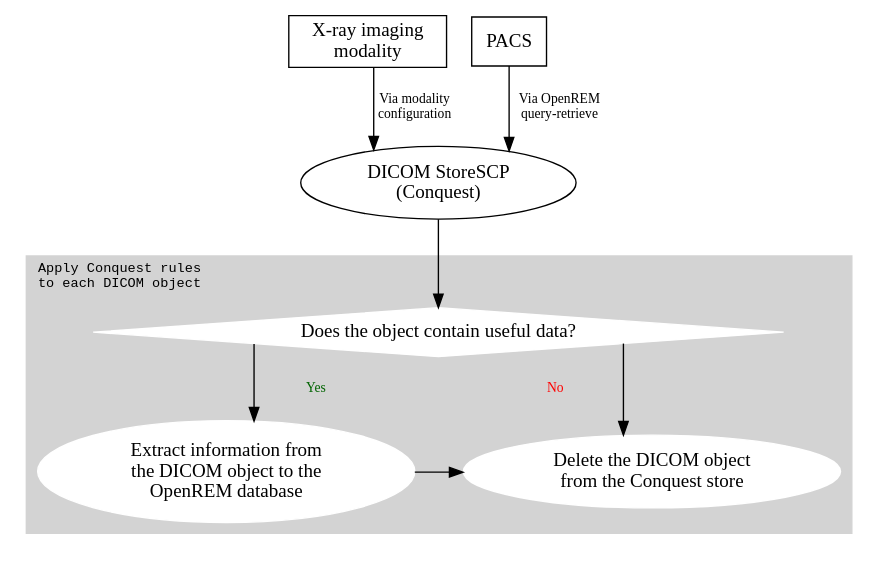
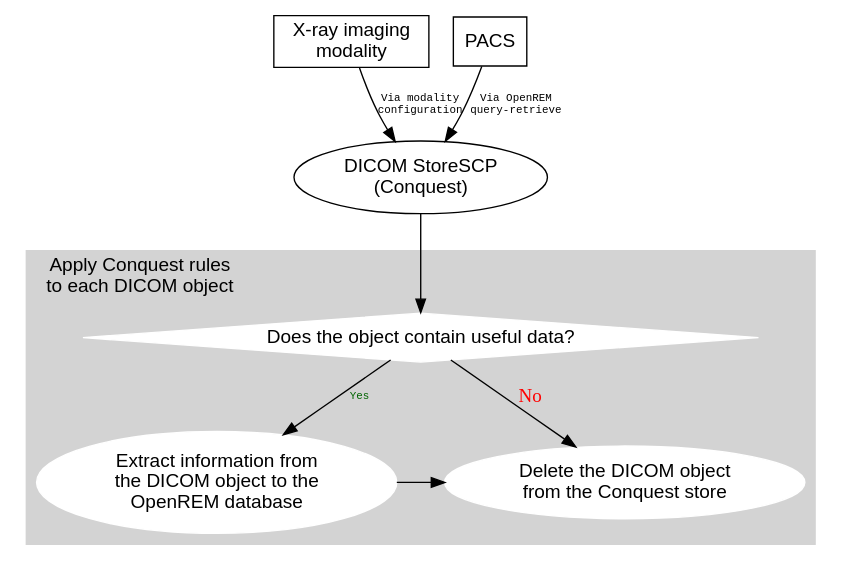
The second of 2 diagrams in docs/testgraphviz.rst (ckswilliams/modOpenREM), drawn with Graphviz before and after one commit.

Commit message:
Adjusted data extraction diagram to make style match the other one. Also added tooltips. References issue #448

```diff
--- a/docs/testgraphviz.rst
+++ b/docs/testgraphviz.rst
@@ -56,33 +56,31 @@
 .. graphviz::
 
    digraph {
-      splines=ortho;
-      fontname="Courier";
 
       subgraph cluster_rules {
+         label = "Apply Conquest rules\nto each DICOM object";
          node [style=filled,color=white];
          style=filled;
          color=lightgrey;
-         fontsize=10;
          labelloc=t;
          labeljust=l;
+         fontname="Helvetica"
 
-         conquest_script -> populate_database [label="Yes", fontcolor=darkgreen, fontsize=10];
+         conquest_script -> populate_database [label="Yes", fontcolor=darkgreen, fontsize=8, fontname="Courier"];
          populate_database -> delete_object;
-         conquest_script -> delete_object [label="No", fontcolor=red, fontsize=10];
-         label = "Apply Conquest rules\nto each DICOM object";
+         conquest_script -> delete_object [label="No", fontcolor=red, fontsize=8, fontsize="Courier"];
 
          {rank=same; populate_database, delete_object};
       }
 
-      modality -> conquest [label="Via modality\nconfiguration", fontsize=10];
-      pacs -> conquest [label="Via OpenREM\nquery-retrieve", fontsize=10];
+      modality -> conquest [label="Via modality\nconfiguration", fontsize=8, fontname="Courier"];
+      pacs -> conquest [label="Via OpenREM\nquery-retrieve", fontsize=8, fontname="Courier"];
       conquest -> conquest_script;
 
-      modality [shape=box, label="X-ray imaging\nmodality"];
-      pacs [shape=box, label="PACS"];
-      conquest [label="DICOM StoreSCP\n(Conquest)"];
-      conquest_script [shape=diamond, label="Does the object contain useful data?"];
-      populate_database [label="Extract information from\nthe DICOM object to the\nOpenREM database"];
-      delete_object [label="Delete the DICOM object\nfrom the Conquest store"];
+      modality [shape=box, label="X-ray imaging\nmodality", fontname="Helvetica", tooltip="Data send from an x-ray imaging modality"];
+      pacs [shape=box, label="PACS", fontname="Helvetica", tooltip="A Picture Archiving and Communication System"];
+      conquest [label="DICOM StoreSCP\n(Conquest)", fontname="Helvetica", tooltip="Conquest, acting as a DICOM storage SCP"];
+      conquest_script [shape=diamond, label="Does the object contain useful data?", fontname="Helvetica", tooltip="Process the rules in dicom.ini"];
+      populate_database [label="Extract information from\nthe DICOM object to the\nOpenREM database", fontname="Helvetica", tooltip="Extract data using OpenREM's python scripts"];
+      delete_object [label="Delete the DICOM object\nfrom the Conquest store", fontname="Helvetica", tooltip="Delete the DICOM object from the local store SCP"];
    }
```
